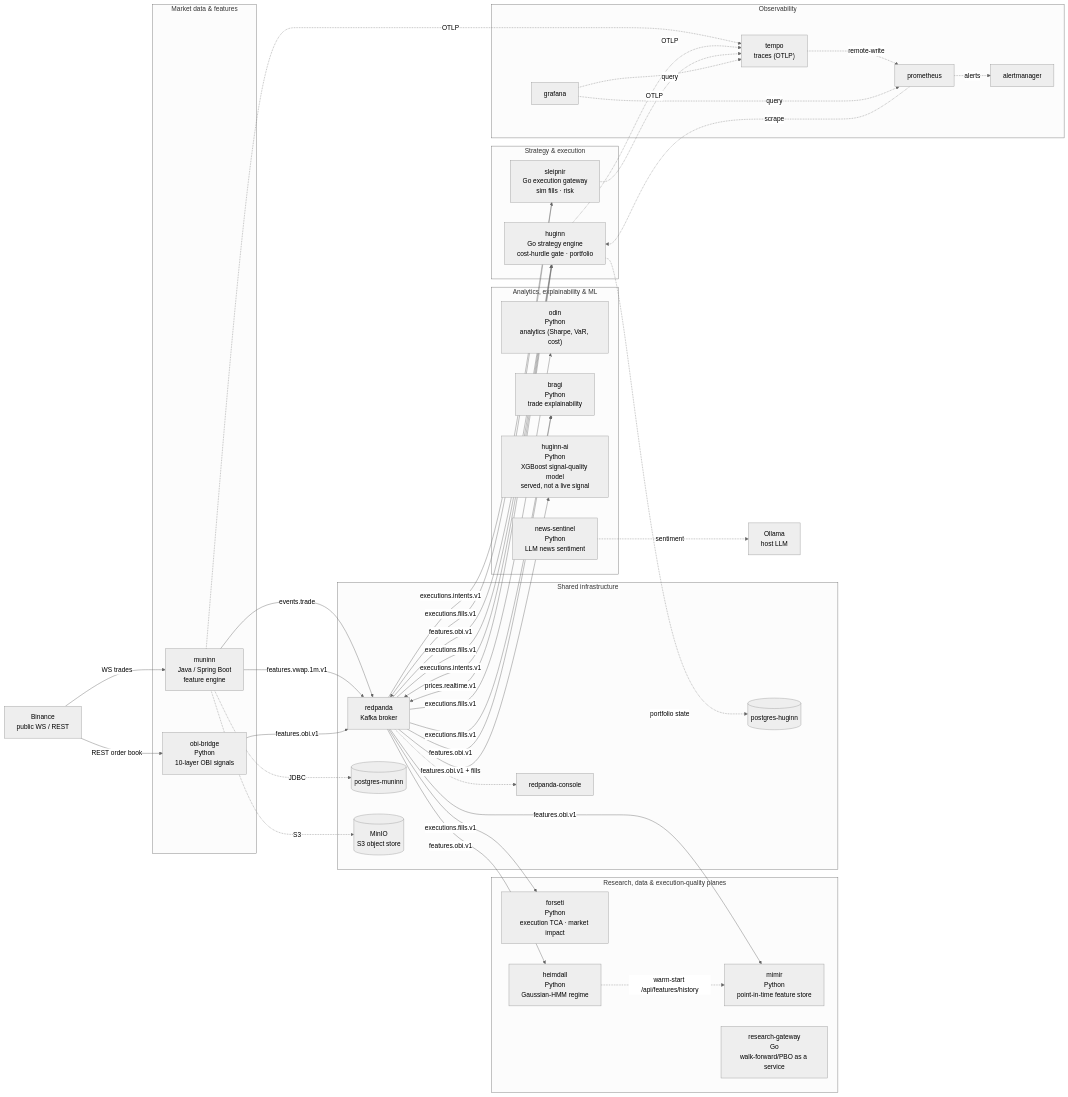
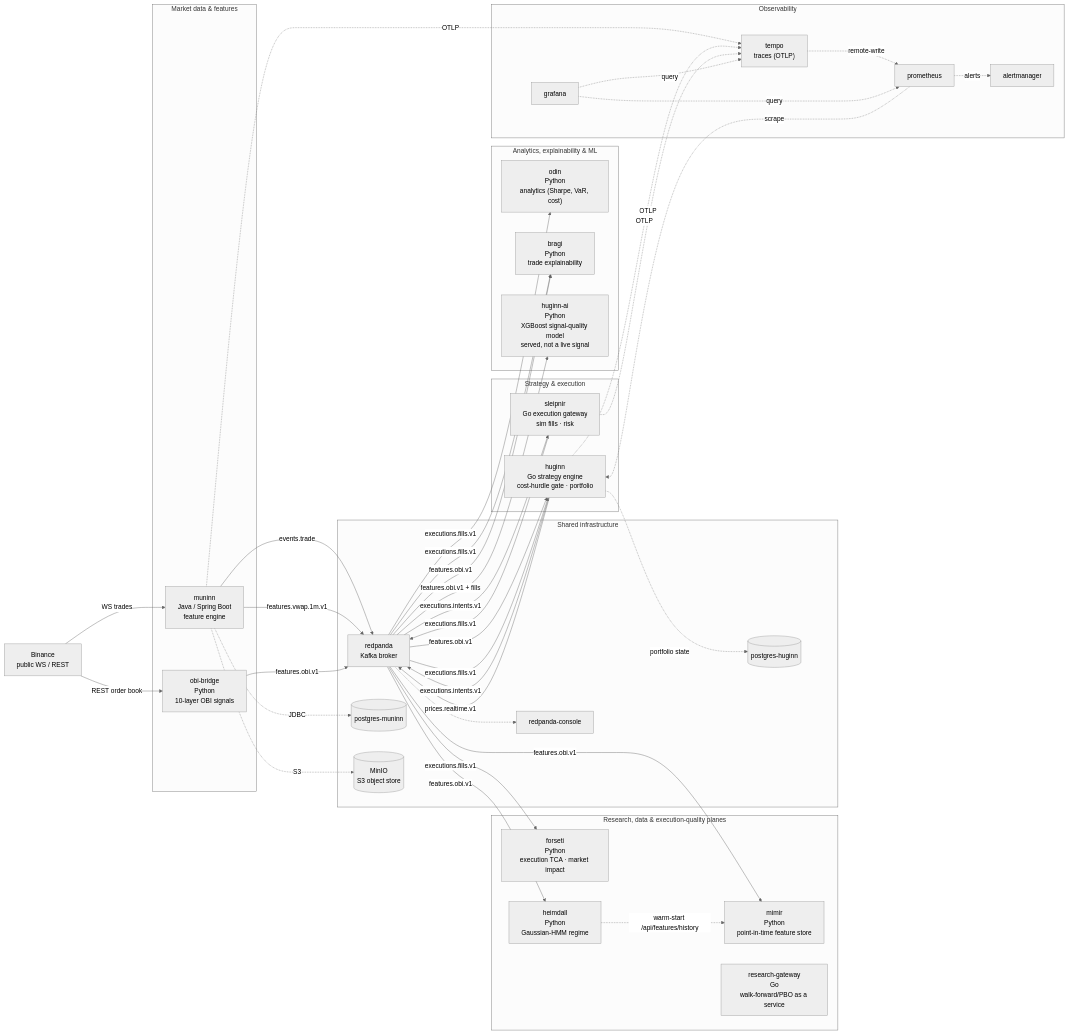
Before and after one commit to lgreene03/norse-stack: the first of 2 diagrams in docs/ARCHITECTURE.md, drawn with Mermaid (neutral theme). The commit also changed 17 other files, not shown here.

First line of the commit message:
G2.6: container keep, freeze or retire list; retire news-sentinel (#68)

```diff
--- a/docs/ARCHITECTURE.md
+++ b/docs/ARCHITECTURE.md
@@ -39,7 +39,6 @@
         odin["odin<br/>Python<br/>analytics (Sharpe, VaR, cost)"]
         bragi["bragi<br/>Python<br/>trade explainability"]
         huginnai["huginn-ai<br/>Python<br/>XGBoost signal-quality model<br/>served, not a live signal"]
-        newssentinel["news-sentinel<br/>Python<br/>LLM news sentiment"]
     end
 
     subgraph planes["Research, data & execution-quality planes"]
@@ -63,8 +62,6 @@
         tempo["tempo<br/>traces (OTLP)"]
         alertmanager["alertmanager"]
     end
-
-    ollama["Ollama<br/>host LLM"]
 
     %% ── Market data in ──────────────────────────────────────────────
     binance -->|"WS trades"| muninn
@@ -101,7 +98,6 @@
     muninn -.->|S3| minio
     huginn -.->|portfolio state| pghuginn
     redpanda -.-> console
-    newssentinel -.->|sentiment| ollama
 
     %% ── Observability (dashed) ──────────────────────────────────────
     muninn -.->|OTLP| tempo
```
